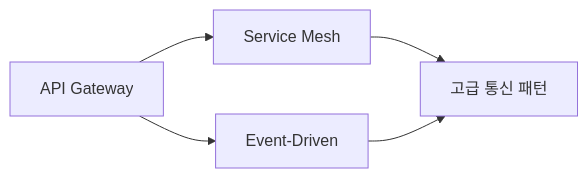
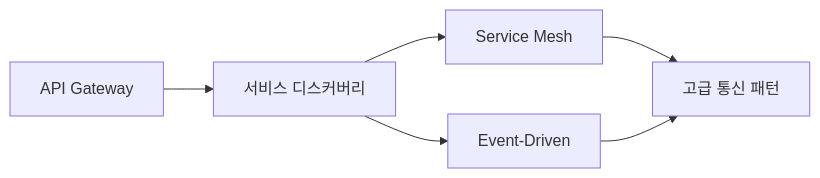
One commit to epicodix/Quartz changed the diagram in content/2_기술_분석/MSA-디자인-패턴/01-통신-패턴/_README.md. Above: the diagram before and after it, drawn with Mermaid. The commit also changed other lines of this file and 21 other files, not shown here.

````diff
--- a/content/2_기술_분석/MSA-디자인-패턴/01-통신-패턴/_README.md
+++ b/content/2_기술_분석/MSA-디자인-패턴/01-통신-패턴/_README.md
@@ -115,7 +143,8 @@
 ```mermaid
 graph LR
-    A[API Gateway] --> B[Service Mesh]
-    A --> C[Event-Driven]
-    B --> D[고급 통신 패턴]
-    C --> D
+    A[API Gateway] --> B[서비스 디스커버리]
+    B --> C[Service Mesh]
+    B --> D[Event-Driven]
+    C --> E[고급 통신 패턴]
+    D --> E
 ```
````
